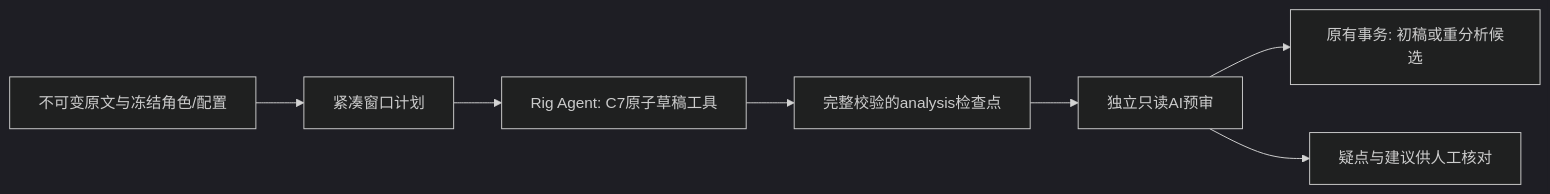
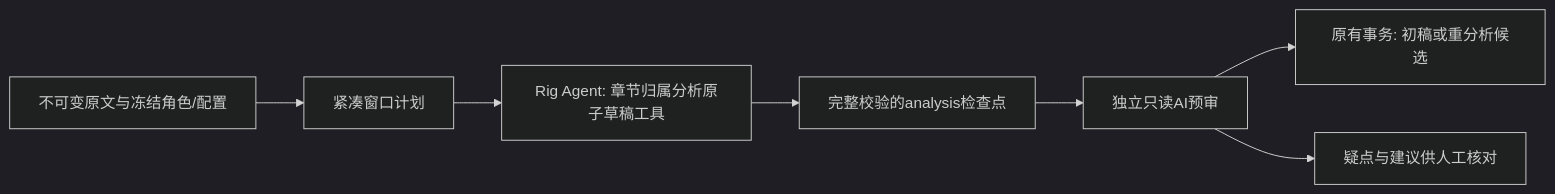
Before and after one commit to yexiyue/castglean: the diagram in docs/knowledge/decisions/chapter-agent-production.md, drawn with Mermaid (dark theme). The commit also changed other lines of this file and 58 other files, not shown here.

````diff
--- a/docs/knowledge/decisions/chapter-agent-production.md
+++ b/docs/knowledge/decisions/chapter-agent-production.md
@@ -9,9 +9,9 @@
 ```mermaid
 flowchart LR
     S[不可变原文与冻结角色/配置] --> W[紧凑窗口计划]
-    W --> A[Rig Agent: C7原子草稿工具]
+    W --> A[Rig Agent: 章节归属分析原子草稿工具]
     A --> C[完整校验的analysis检查点]
     C --> R[独立只读AI预审]
     R --> P[原有事务: 初稿或重分析候选]
     R --> H[疑点与建议供人工核对]
 ```
````
